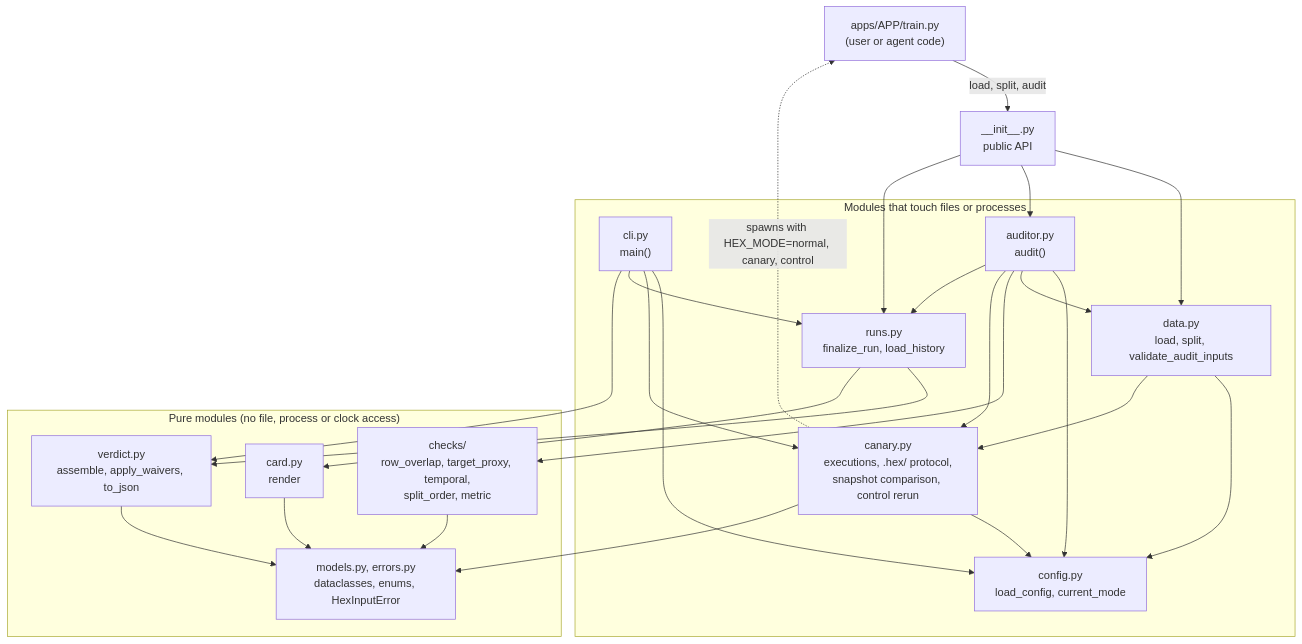
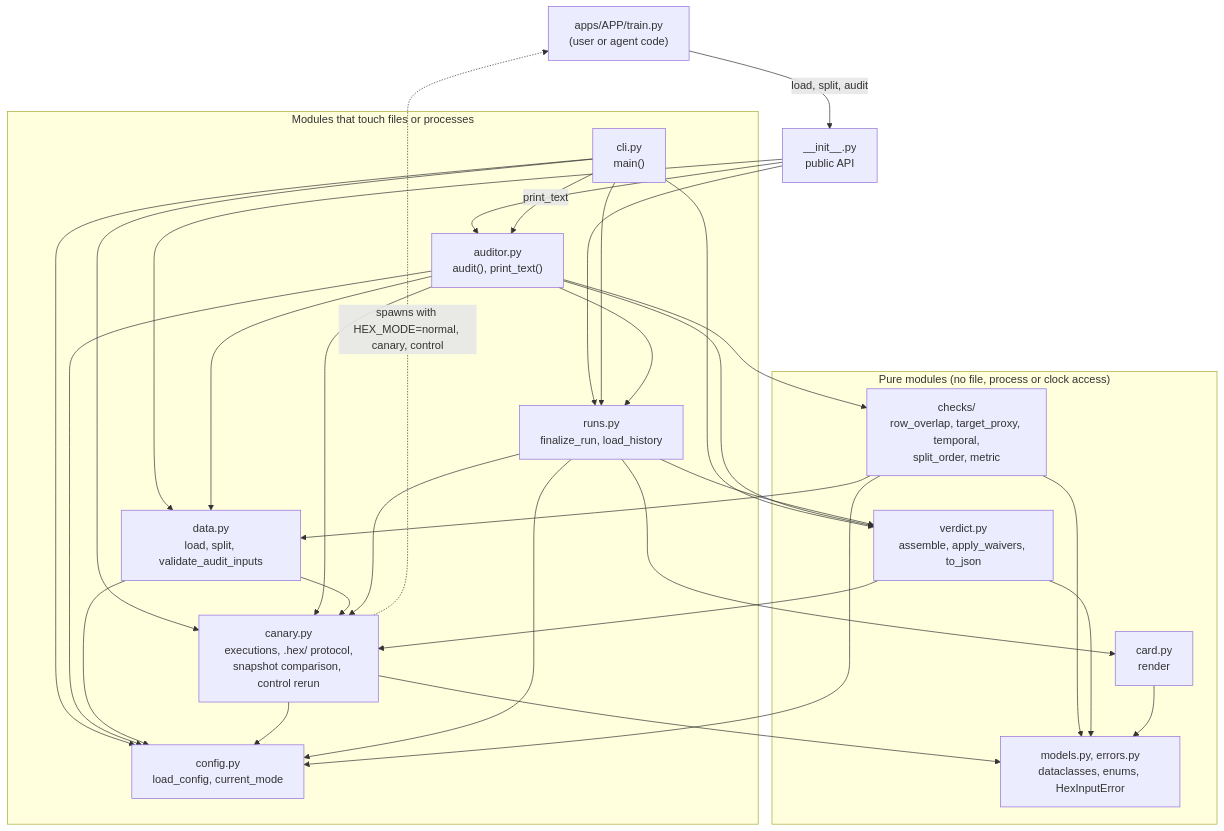
One commit to jegadeesh17/hexperiment changed the first of 2 diagrams in .kiro/specs/hexperiment-core/design.md. Above: the diagram before and after it, drawn with Mermaid. The commit also changed other lines of this file and 1 other file, not shown here.

````diff
--- a/.kiro/specs/hexperiment-core/design.md
+++ b/.kiro/specs/hexperiment-core/design.md
@@ -45,50 +45,57 @@
 ```mermaid
 flowchart TB
     TRAIN["apps/APP/train.py<br/>(user or agent code)"]
     API["__init__.py<br/>public API"]
 
     subgraph EDGES["Modules that touch files or processes"]
         CLI["cli.py<br/>main()"]
-        AUD["auditor.py<br/>audit()"]
+        AUD["auditor.py<br/>audit(), print_text()"]
         DATA["data.py<br/>load, split, validate_audit_inputs"]
         CFG["config.py<br/>load_config, current_mode"]
         CAN["canary.py<br/>executions, .hex/ protocol,<br/>snapshot comparison, control rerun"]
         RUNS["runs.py<br/>finalize_run, load_history"]
     end
 
     subgraph PURE["Pure modules (no file, process or clock access)"]
         CHK["checks/<br/>row_overlap, target_proxy, temporal,<br/>split_order, metric"]
         VER["verdict.py<br/>assemble, apply_waivers, to_json"]
         CARD["card.py<br/>render"]
         MOD["models.py, errors.py<br/>dataclasses, enums, HexInputError"]
     end
 
     TRAIN -->|"load, split, audit"| API
     API --> DATA
     API --> AUD
     API --> RUNS
 
     CLI --> CFG
     CLI --> CAN
     CLI --> RUNS
     CLI --> VER
+    CLI -->|"print_text"| AUD
 
     AUD --> CFG
     AUD --> DATA
     AUD --> CHK
     AUD --> CAN
     AUD --> RUNS
+    AUD --> VER
 
     DATA --> CFG
     DATA --> CAN
     CAN --> CFG
     CAN -. "spawns with HEX_MODE=normal, canary, control" .-> TRAIN
 
+    RUNS --> CFG
+    RUNS --> CAN
     RUNS --> VER
     RUNS --> CARD
 
+    CHK --> CFG
+    CHK --> DATA
     CHK --> MOD
+    VER --> CAN
     VER --> MOD
     CARD --> MOD
     CAN --> MOD
 ```
````
